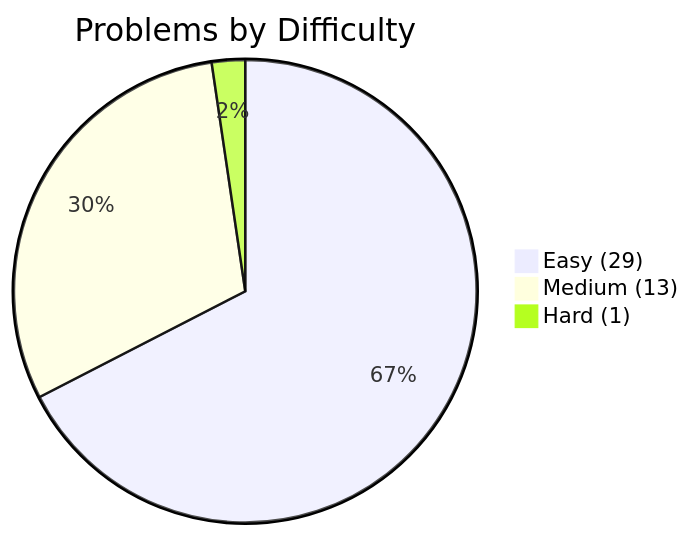
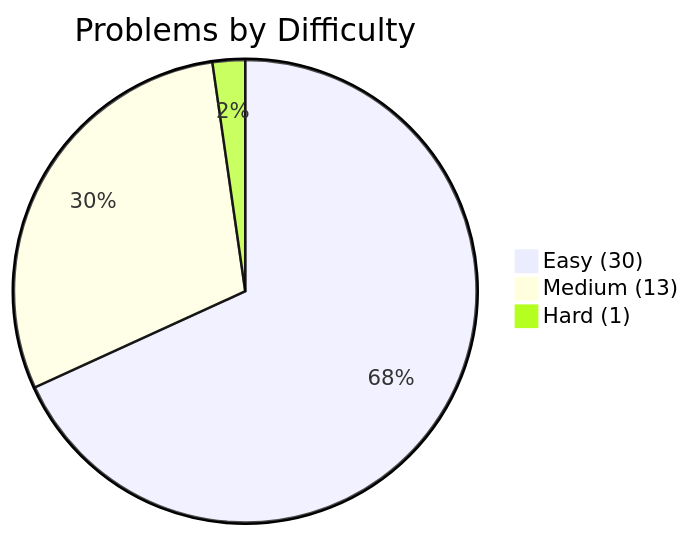
Before and after one commit to kanishk-procoder/leetcode-grind: the first of 2 diagrams in PROGRESS.md, drawn with Mermaid. The commit also changed other lines of this file and 4 other files, not shown here.

````diff
--- a/PROGRESS.md
+++ b/PROGRESS.md
@@ -5,6 +5,6 @@
 ```mermaid
 pie title Problems by Difficulty
-    "Easy (29)" : 29
+    "Easy (30)" : 30
     "Medium (13)" : 13
     "Hard (1)" : 1
 ```
````
